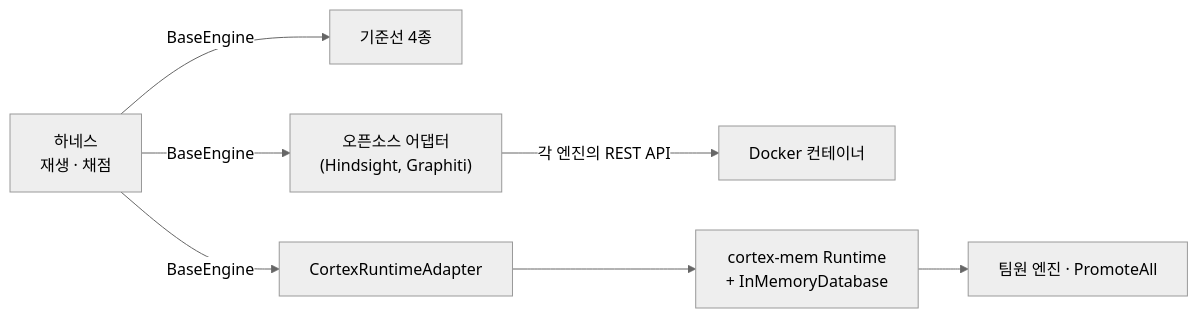
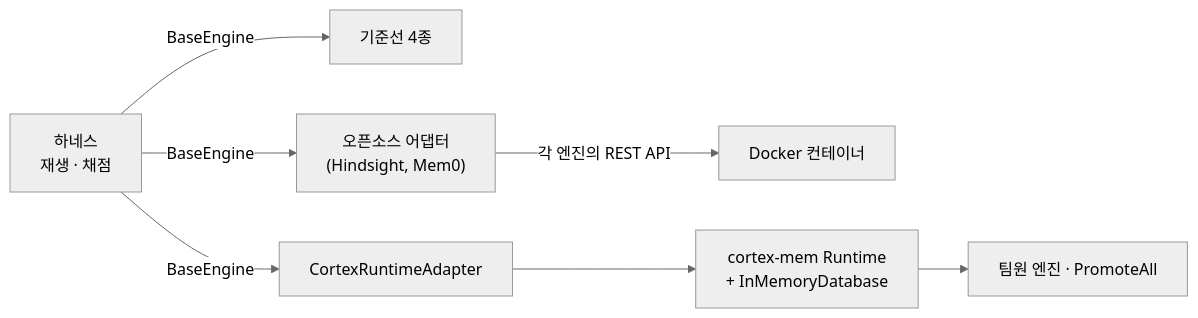
The diagram in docs/specs/2026-10-19-memory-eval-harness-design.md (dure-ai/harness), drawn with Mermaid (neutral theme) before and after one commit. The commit also changed other lines of this file, not shown here.

Commit message:
docs: align parent spec with design 3 (Mem0 in scope, OpenAI models, superseded bullets)

````diff
--- a/docs/specs/2026-10-19-memory-eval-harness-design.md
+++ b/docs/specs/2026-10-19-memory-eval-harness-design.md
@@ -122,6 +122,6 @@
 ```mermaid
 flowchart LR
   H["하네스<br/>재생 · 채점"] -->|"BaseEngine"| B["기준선 4종"]
-  H -->|"BaseEngine"| O["오픈소스 어댑터<br/>(Hindsight, Graphiti)"] -->|"각 엔진의 REST API"| D["Docker 컨테이너"]
+  H -->|"BaseEngine"| O["오픈소스 어댑터<br/>(Hindsight, Mem0)"] -->|"각 엔진의 REST API"| D["Docker 컨테이너"]
   H -->|"BaseEngine"| R["CortexRuntimeAdapter"] --> RT["cortex-mem Runtime<br/>+ InMemoryDatabase"] --> E["팀원 엔진 · PromoteAll"]
 ```
````
